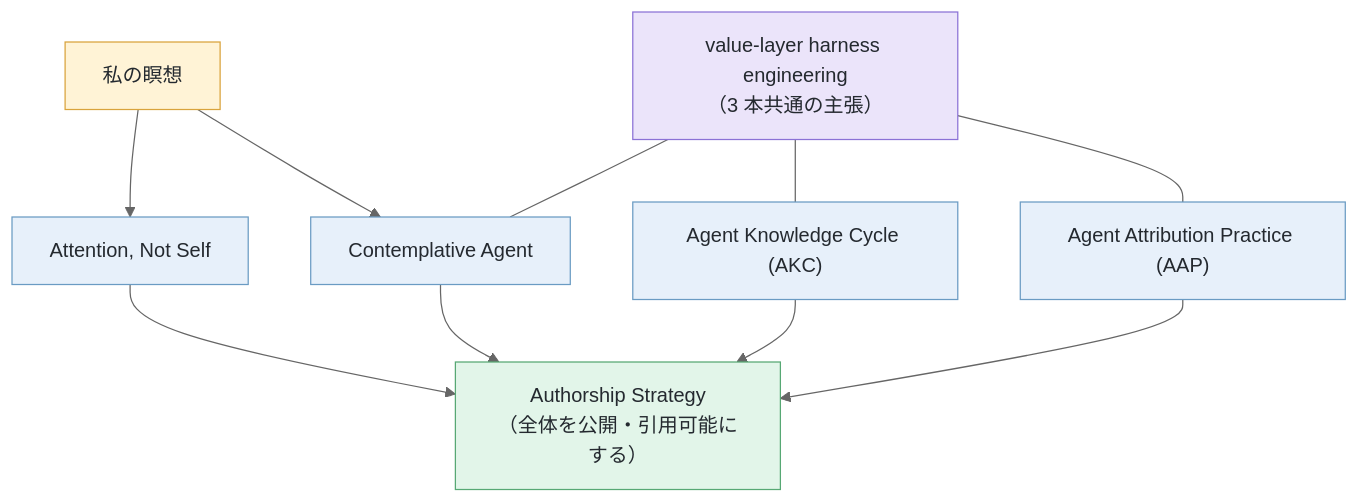
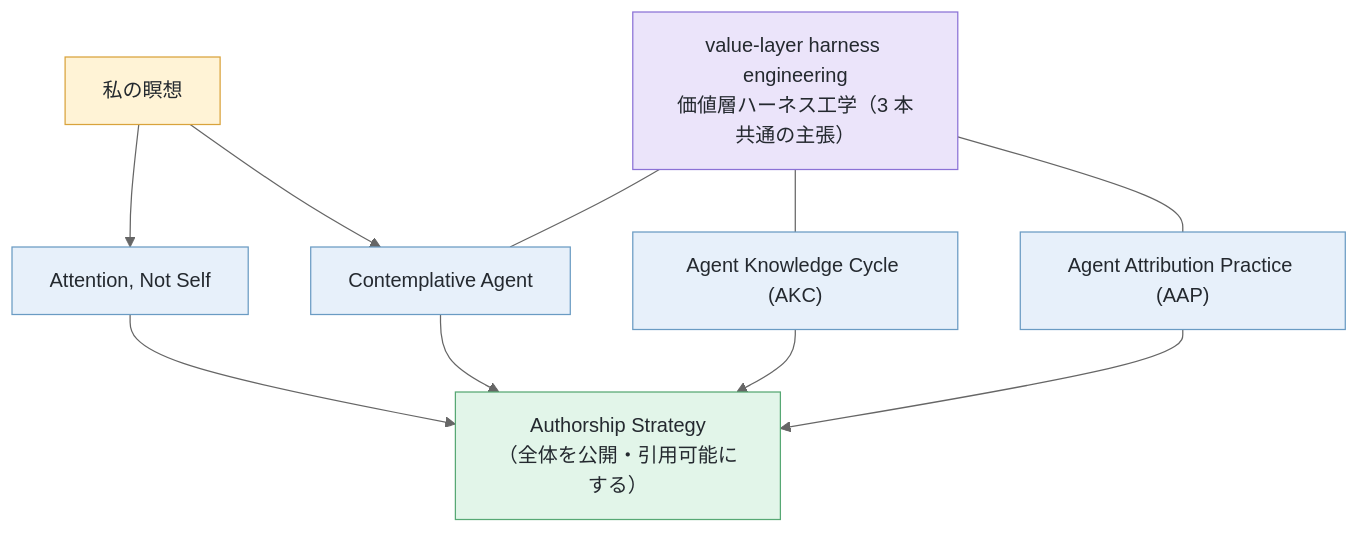
One commit to shimo4228/shimo4228 changed the diagram in README.ja.md. Above: the diagram before and after it, drawn with Mermaid (neutral theme). The commit also changed other lines of this file and 1 other file, not shown here.

````diff
--- a/README.ja.md
+++ b/README.ja.md
@@ -35,17 +43,17 @@
 ```mermaid
 graph TD
     M["私の瞑想"] --> ANS["Attention, Not Self"]
     M --> CA["Contemplative Agent"]
-    V["value-layer harness engineering<br>（3 本共通の主張）"] --- CA
+    V["value-layer harness engineering<br>価値層ハーネス工学（3 本共通の主張）"] --- CA
     V --- AKC["Agent Knowledge Cycle (AKC)"]
     V --- AAP["Agent Attribution Practice (AAP)"]
     ANS & CA & AKC & AAP --> AS["Authorship Strategy<br>（全体を公開・引用可能にする）"]
     classDef source fill:#FFF3D6,stroke:#D9A33C,color:#24292F
     classDef claim fill:#EBE4FA,stroke:#8B72D6,color:#24292F
     classDef lineNode fill:#E7F0FA,stroke:#6A9BC3,color:#24292F
     classDef sink fill:#E2F5E9,stroke:#57A874,color:#24292F
     class M source
     class V claim
     class ANS,CA,AKC,AAP lineNode
     class AS sink
 ```
````
